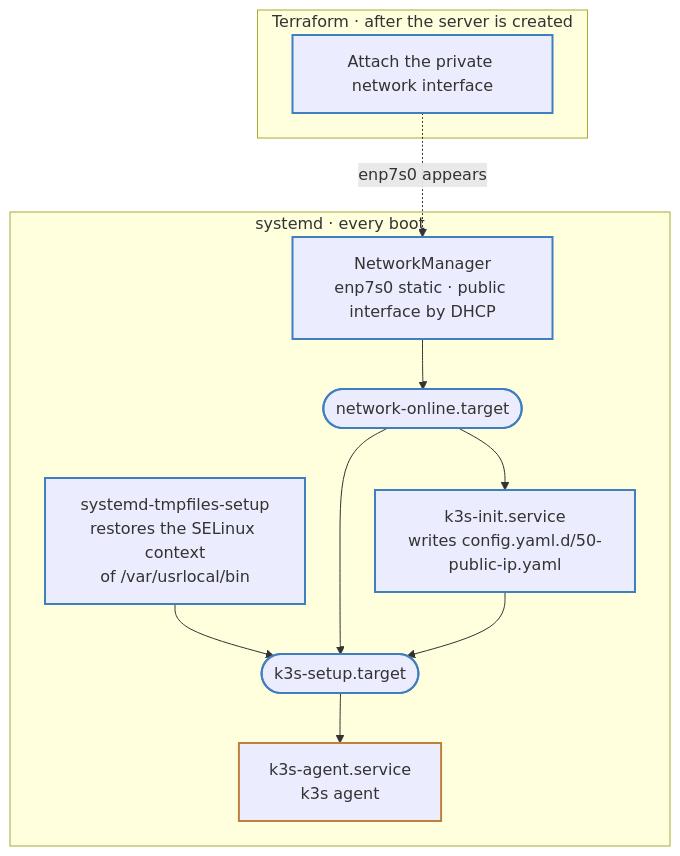
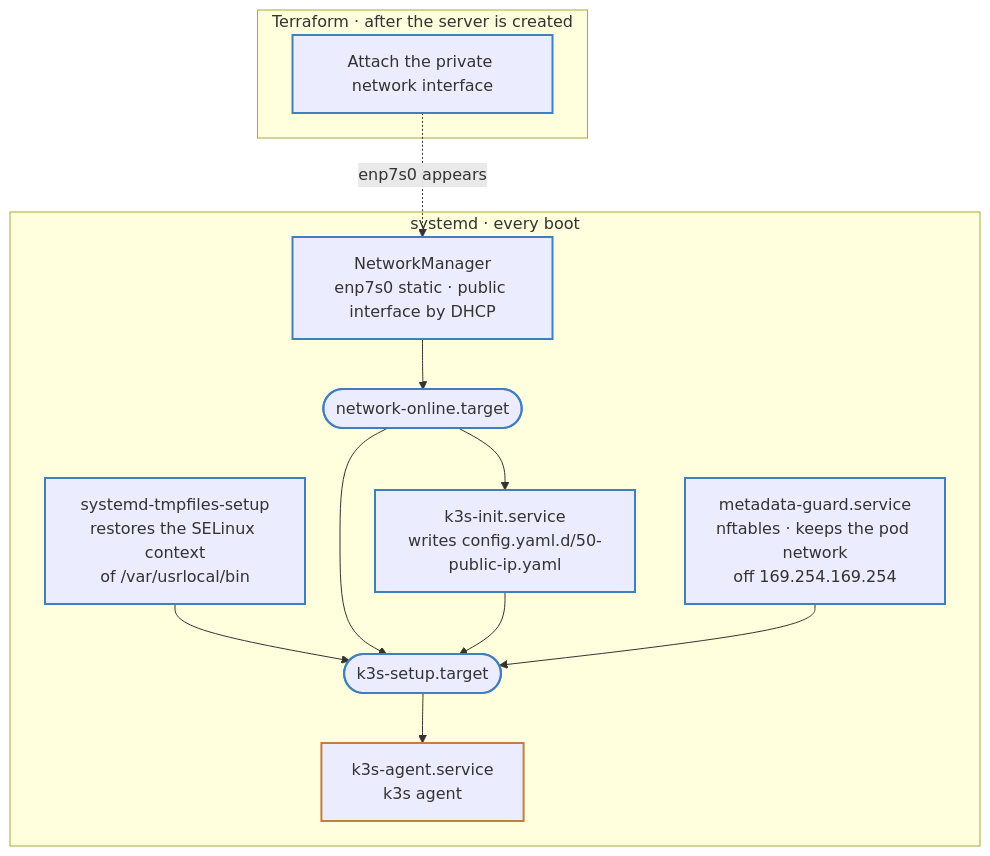
Before and after one commit to lthms/raya: the second of 2 diagrams in docs/boot.md, drawn with Mermaid. The commit also changed other lines of this file and 2 other files, not shown here.

Commit message:
Prevent pods from reaching the metadata server (#51)

````diff
--- a/docs/boot.md
+++ b/docs/boot.md
@@ -113,30 +115,32 @@
 ```mermaid
 graph TB
   subgraph terraform["Terraform · after the server is created"]
     attach_nic["Attach the private network interface"]
   end
 
   subgraph systemd["systemd · every boot"]
     tmpfiles["systemd-tmpfiles-setup<br/>restores the SELinux context<br/>of /var/usrlocal/bin"]
     nm["NetworkManager<br/>enp7s0 static · public interface by DHCP"]
     online(["network-online.target"])
     init["k3s-init.service<br/>writes config.yaml.d/50-public-ip.yaml"]
+    guard["metadata-guard.service<br/>nftables · keeps the pod network<br/>off 169.254.169.254"]
     setup(["k3s-setup.target"])
     k3s["k3s-agent.service<br/>k3s agent"]
 
     nm --> online --> init
 
     tmpfiles --> setup
     online --> setup
     init --> setup
+    guard --> setup
     setup --> k3s
   end
 
   attach_nic -.->|enp7s0 appears| nm
 
   classDef shared stroke:#3f7fbf,stroke-width:2px
   classDef agent stroke:#bf7f3f,stroke-width:2px
 
-  class attach_nic,tmpfiles,nm,online,init,setup shared
+  class attach_nic,tmpfiles,nm,online,init,guard,setup shared
   class k3s agent
 ```
````
